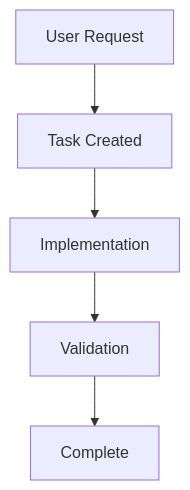
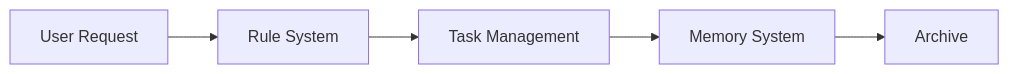
One commit to wrm3/trent_rules changed the second of 5 diagrams in .agent/rules/13_trent_workflow.md. Above: the diagram before and after it, drawn with Mermaid. The commit also changed other lines of this file and 409 other files, not shown here.

````diff
--- a/.agent/rules/13_trent_workflow.md
+++ b/.agent/rules/13_trent_workflow.md
@@ -84,7 +143,7 @@
 ```mermaid
-graph TD
-  A[User Request] --> B[Task Created]
-  B --> C[Implementation]
-  C --> D[Validation]
-  D --> E[Complete]
+graph LR
+    A[User Request] --> B[Rule System]
+    B --> C[Task Management]
+    C --> D[Memory System]
+    D --> E[Archive]
 ```
````
